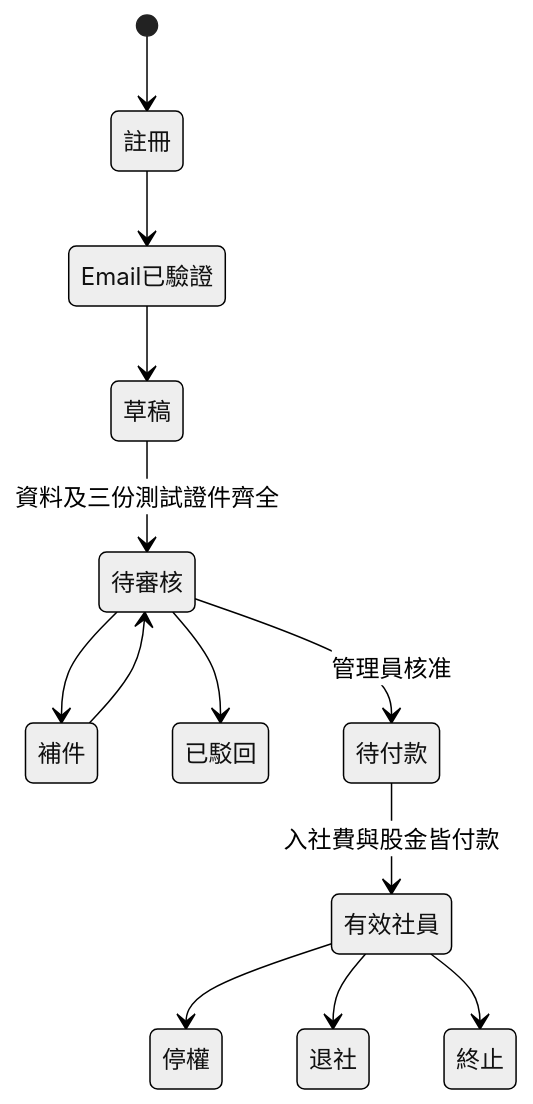
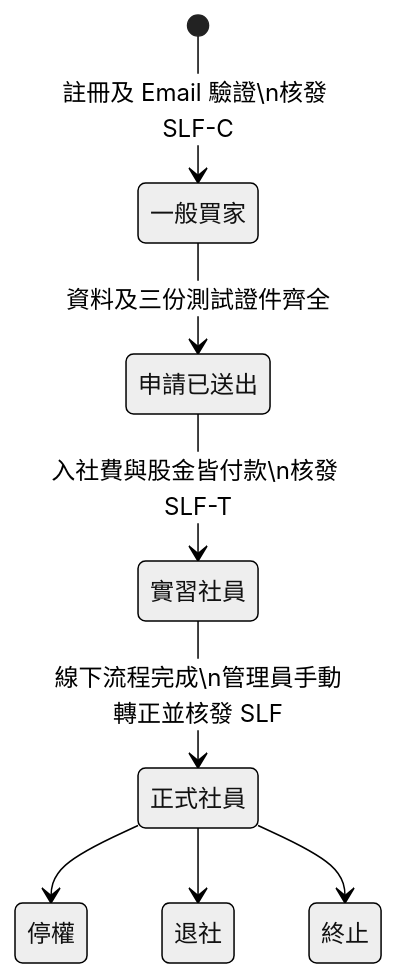
Before and after one commit to Wayne725/shilifangyuan-farm-app: the second of 2 diagrams in docs/ARCHITECTURE.md, drawn with Mermaid (neutral theme). The commit also changed other lines of this file and 90 other files, not shown here.

````diff
--- a/docs/ARCHITECTURE.md
+++ b/docs/ARCHITECTURE.md
@@ -45,15 +47,10 @@
 ```mermaid
 stateDiagram-v2
-    [*] --> 註冊
-    註冊 --> Email已驗證
-    Email已驗證 --> 草稿
-    草稿 --> 待審核: 資料及三份測試證件齊全
-    待審核 --> 補件
-    補件 --> 待審核
-    待審核 --> 已駁回
-    待審核 --> 待付款: 管理員核准
-    待付款 --> 有效社員: 入社費與股金皆付款
-    有效社員 --> 停權
-    有效社員 --> 退社
-    有效社員 --> 終止
+    [*] --> 一般買家: 註冊及 Email 驗證\n核發 SLF-C
+    一般買家 --> 申請已送出: 資料及三份測試證件齊全
+    申請已送出 --> 實習社員: 入社費與股金皆付款\n核發 SLF-T
+    實習社員 --> 正式社員: 線下流程完成\n管理員手動轉正並核發 SLF
+    正式社員 --> 停權
+    正式社員 --> 退社
+    正式社員 --> 終止
 ```
````
